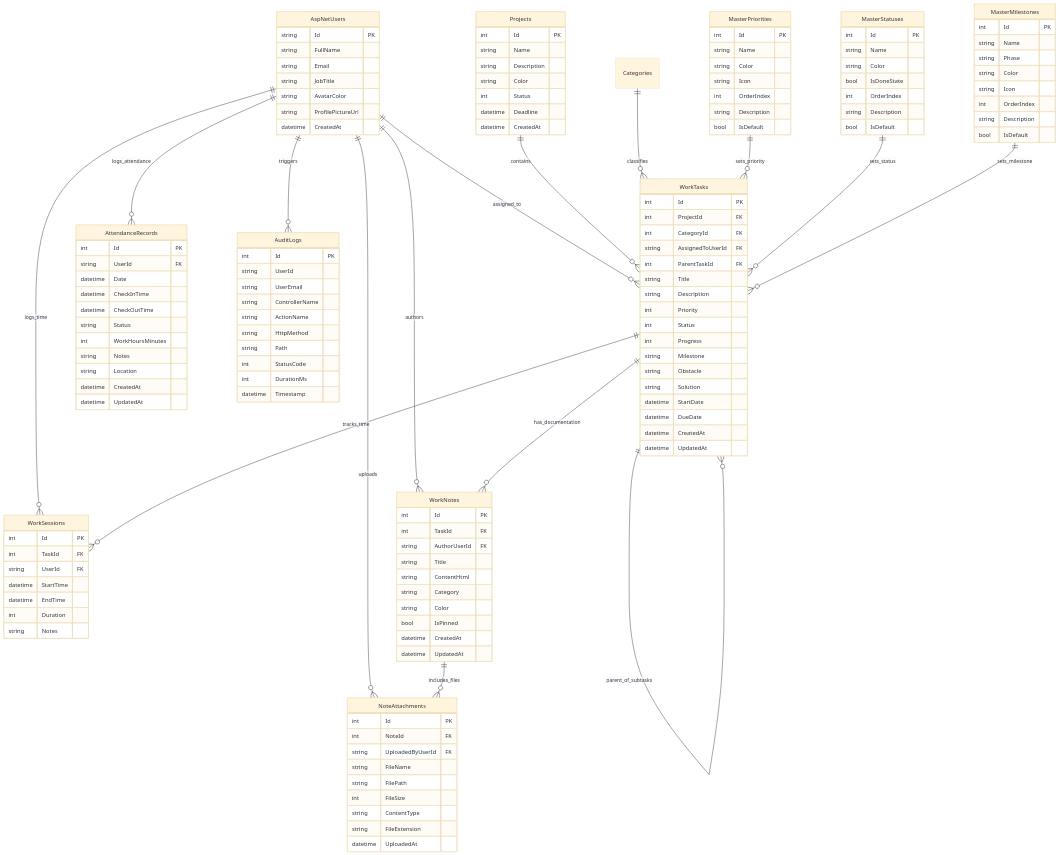
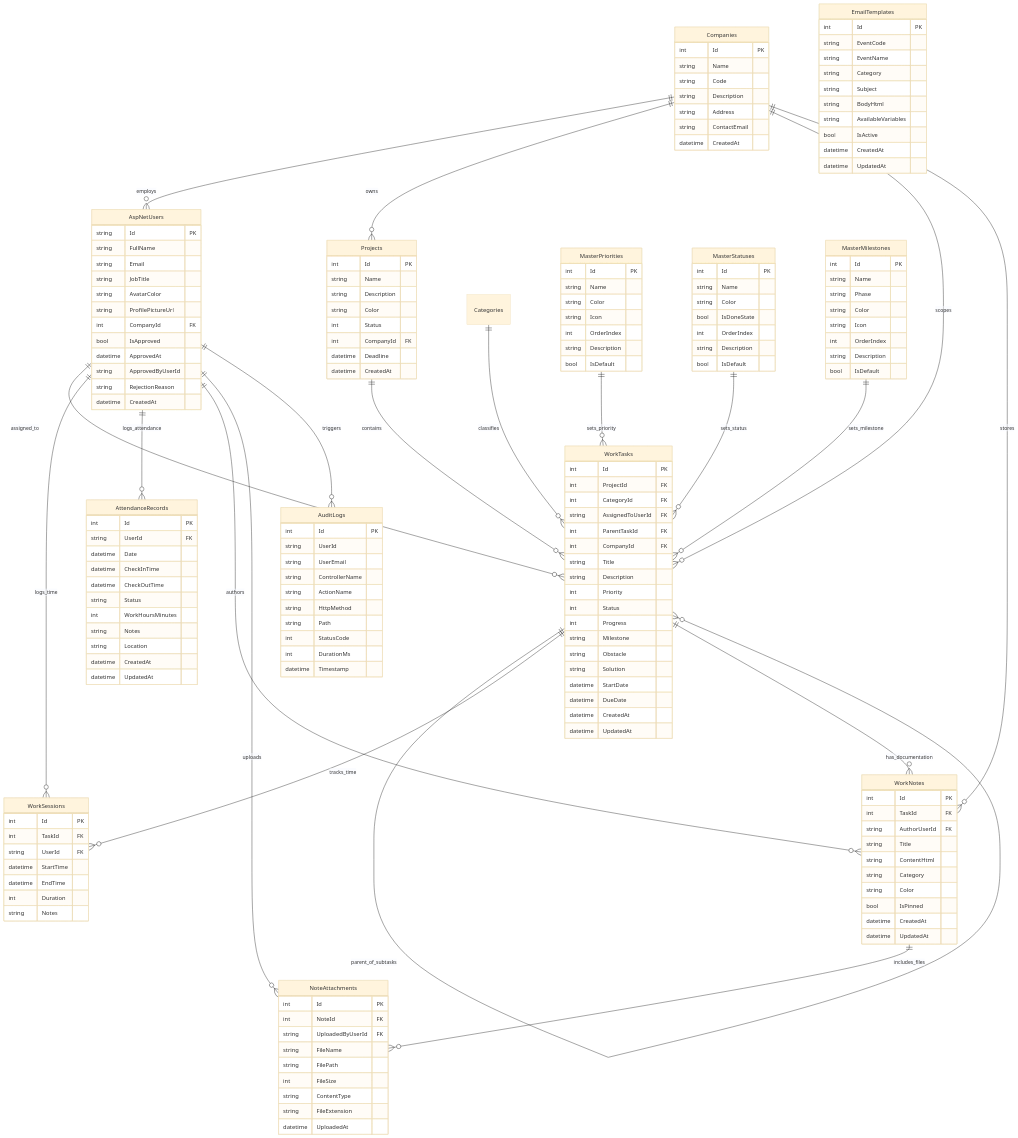
Before and after one commit to zhavick/TrackerKerja: the second of 2 diagrams in FSD_WORK_TRACKER_PRO.md, drawn with Mermaid (base theme). The commit also changed other lines of this file and 64 other files, not shown here.

````diff
--- a/FSD_WORK_TRACKER_PRO.md
+++ b/FSD_WORK_TRACKER_PRO.md
@@ -119,5 +123,10 @@
 ```mermaid
 erDiagram
+    Companies ||--o{ AspNetUsers : "employs"
+    Companies ||--o{ Projects : "owns"
+    Companies ||--o{ WorkTasks : "scopes"
+    Companies ||--o{ WorkNotes : "stores"
+
     AspNetUsers ||--o{ WorkTasks : "assigned_to"
     AspNetUsers ||--o{ WorkSessions : "logs_time"
     AspNetUsers ||--o{ AttendanceRecords : "logs_attendance"
@@ -138,6 +147,29 @@
     MasterStatuses ||--o{ WorkTasks : "sets_status"
     MasterMilestones ||--o{ WorkTasks : "sets_milestone"
 
+    Companies {
+        int Id PK
+        string Name
+        string Code
+        string Description
+        string Address
+        string ContactEmail
+        datetime CreatedAt
+    }
+
+    EmailTemplates {
+        int Id PK
+        string EventCode
+        string EventName
+        string Category
+        string Subject
+        string BodyHtml
+        string AvailableVariables
+        bool IsActive
+        datetime CreatedAt
+        datetime UpdatedAt
+    }
+
     AspNetUsers {
         string Id PK
         string FullName
@@ -145,6 +177,11 @@
         string JobTitle
         string AvatarColor
         string ProfilePictureUrl
+        int CompanyId FK
+        bool IsApproved
+        datetime ApprovedAt
+        string ApprovedByUserId
+        string RejectionReason
         datetime CreatedAt
     }
 
@@ -154,6 +191,7 @@
         string Description
         string Color
         int Status
+        int CompanyId FK
         datetime Deadline
         datetime CreatedAt
     }
@@ -164,6 +202,7 @@
         int CategoryId FK
         string AssignedToUserId FK
         int ParentTaskId FK
+        int CompanyId FK
         string Title
         string Description
         int Priority
````
